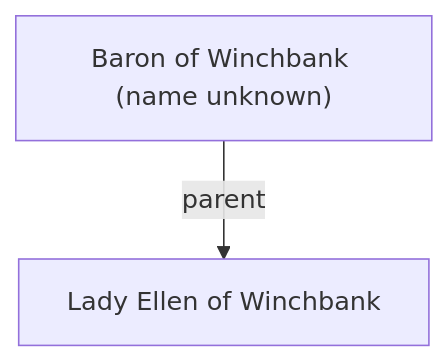
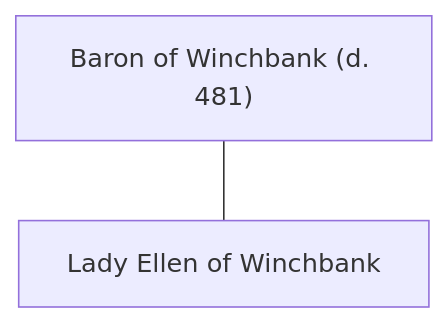
Before and after one commit to Illumibatchi/pendragon: the diagram in content/02 - Characters/Baron of Winchbank.md, drawn with Mermaid. The commit also changed other lines of this file and 54 other files, not shown here.

````diff
--- a/content/02 - Characters/Baron of Winchbank.md
+++ b/content/02 - Characters/Baron of Winchbank.md
@@ -28,7 +28,7 @@
 ```mermaid
 %% AUTO-LINEAGE: baron_of_winchbank
 flowchart TB
-  b["Baron of Winchbank (name unknown)"]
-  e["Lady Ellen of Winchbank"]
-  b -->|parent| e
+  p["Baron of Winchbank (d. 481)"]
+  c1["Lady Ellen of Winchbank"]
+  p --- c1
 ```
````
